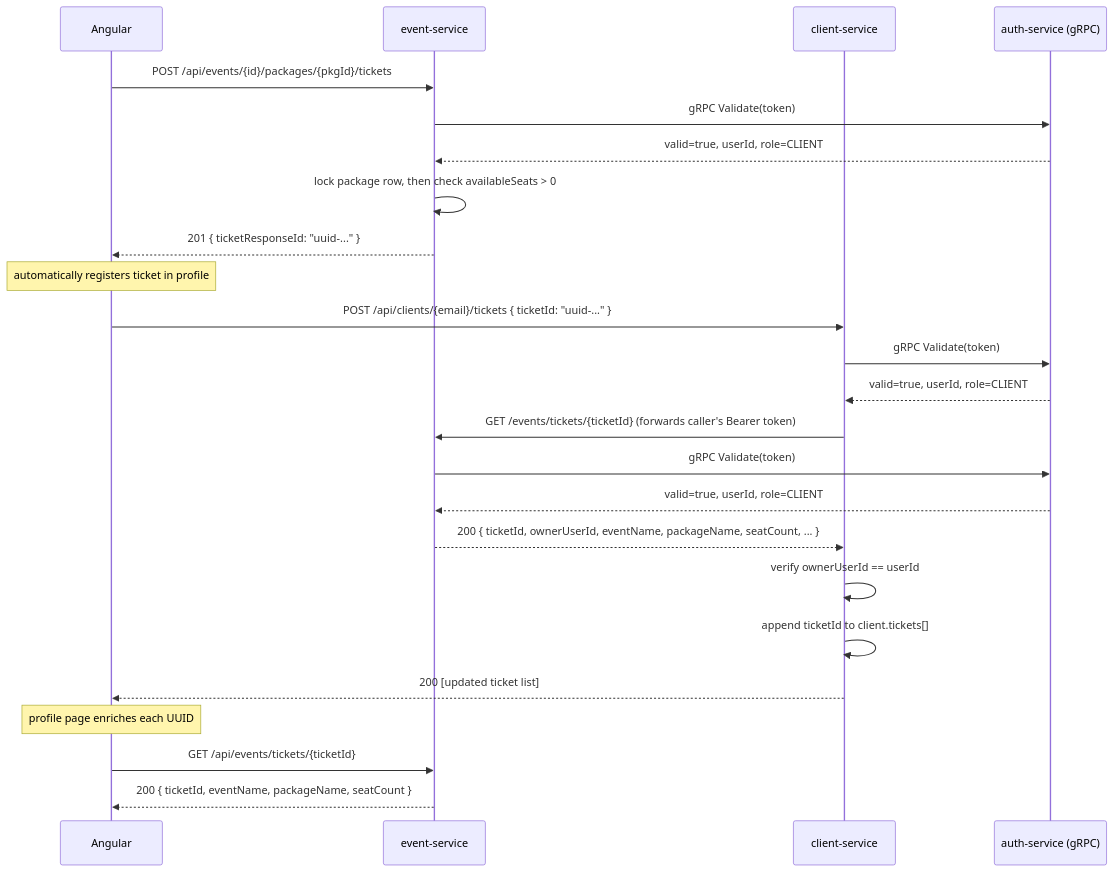
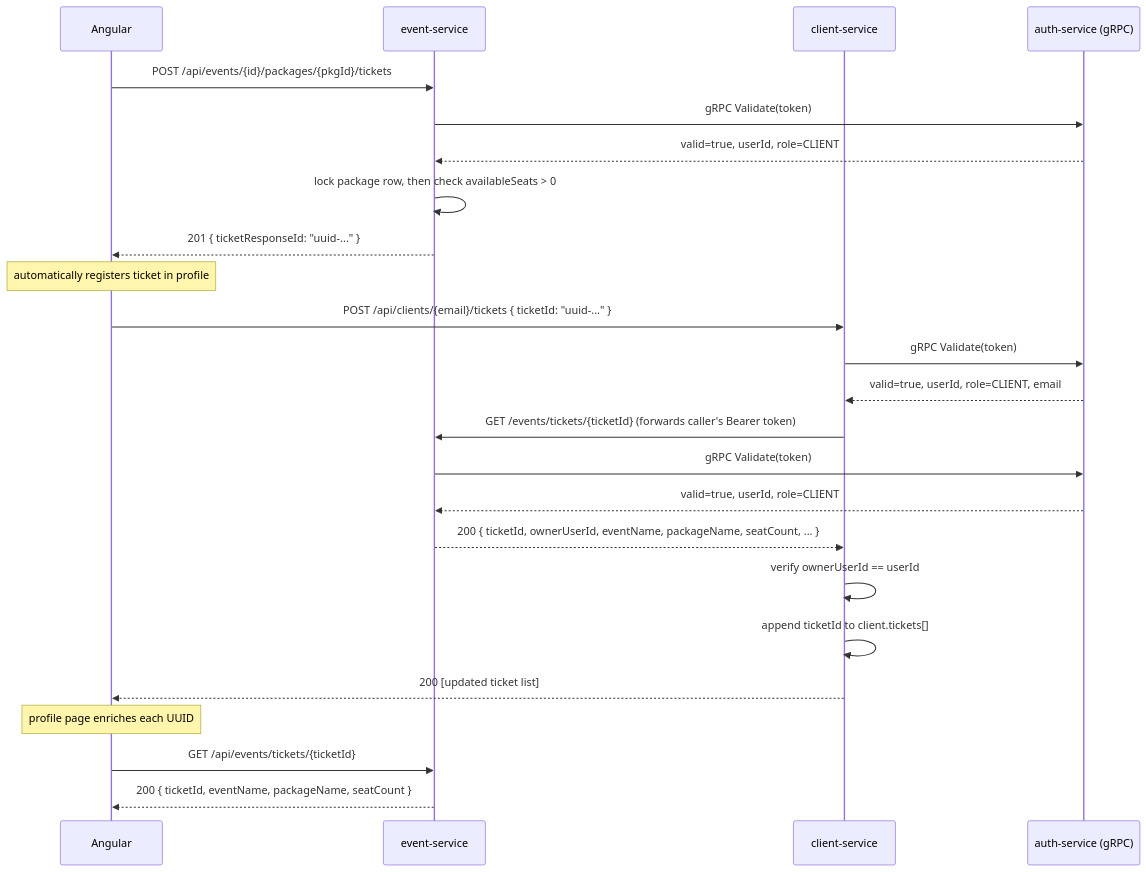
The second of 3 diagrams in README.md (VladLunca/event-platform), drawn with Mermaid before and after one commit. The commit also changed other lines of this file and 22 other files, not shown here.

````diff
--- a/README.md
+++ b/README.md
@@ -96,31 +96,31 @@
 ```mermaid
 sequenceDiagram
     participant A as Angular
     participant ES as event-service
     participant CS as client-service
     participant AS as auth-service (gRPC)
 
     A->>ES: POST /api/events/{id}/packages/{pkgId}/tickets
     ES->>AS: gRPC Validate(token)
     AS-->>ES: valid=true, userId, role=CLIENT
     ES->>ES: lock package row, then check availableSeats > 0
     ES-->>A: 201 { ticketResponseId: "uuid-..." }
 
     Note over A: automatically registers ticket in profile
 
     A->>CS: POST /api/clients/{email}/tickets { ticketId: "uuid-..." }
     CS->>AS: gRPC Validate(token)
-    AS-->>CS: valid=true, userId, role=CLIENT
+    AS-->>CS: valid=true, userId, role=CLIENT, email
     CS->>ES: GET /events/tickets/{ticketId} (forwards caller's Bearer token)
     ES->>AS: gRPC Validate(token)
     AS-->>ES: valid=true, userId, role=CLIENT
     ES-->>CS: 200 { ticketId, ownerUserId, eventName, packageName, seatCount, ... }
     CS->>CS: verify ownerUserId == userId
     CS->>CS: append ticketId to client.tickets[]
     CS-->>A: 200 [updated ticket list]
 
     Note over A: profile page enriches each UUID
 
     A->>ES: GET /api/events/tickets/{ticketId}
     ES-->>A: 200 { ticketId, eventName, packageName, seatCount }
 ```
````
